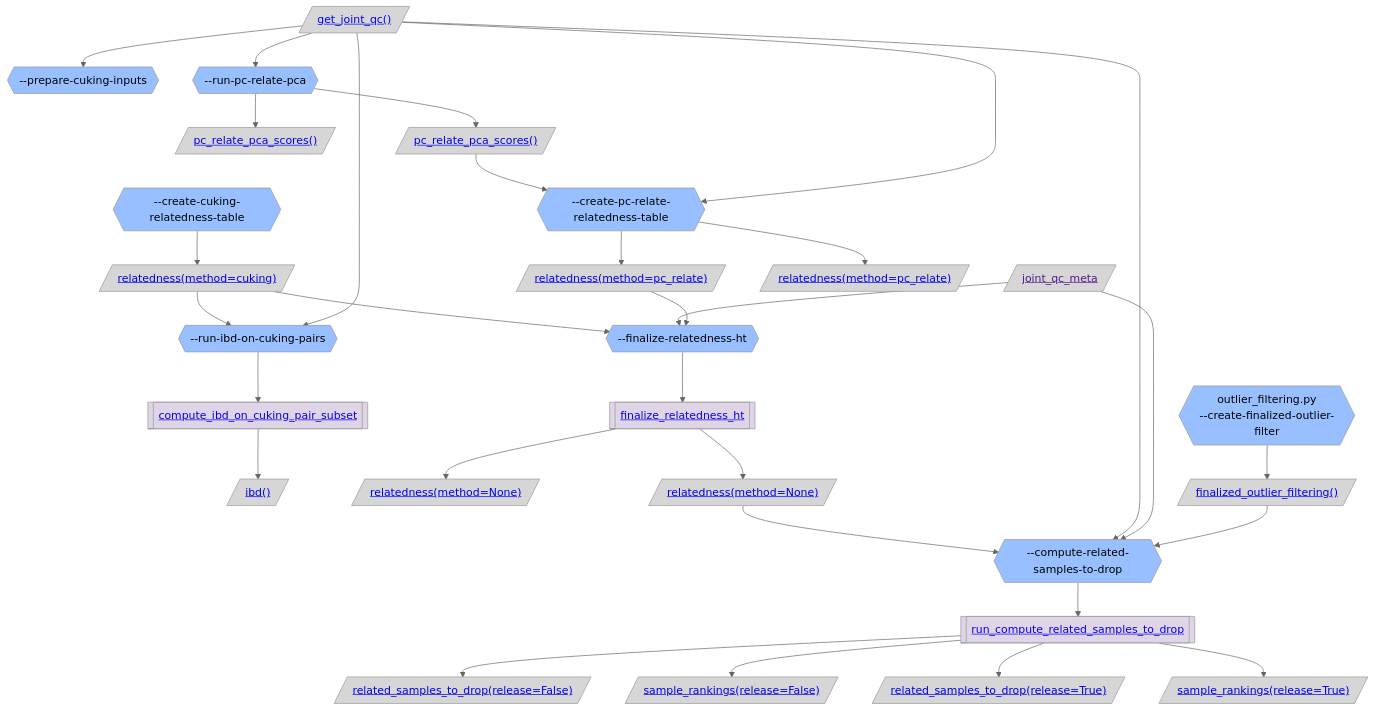
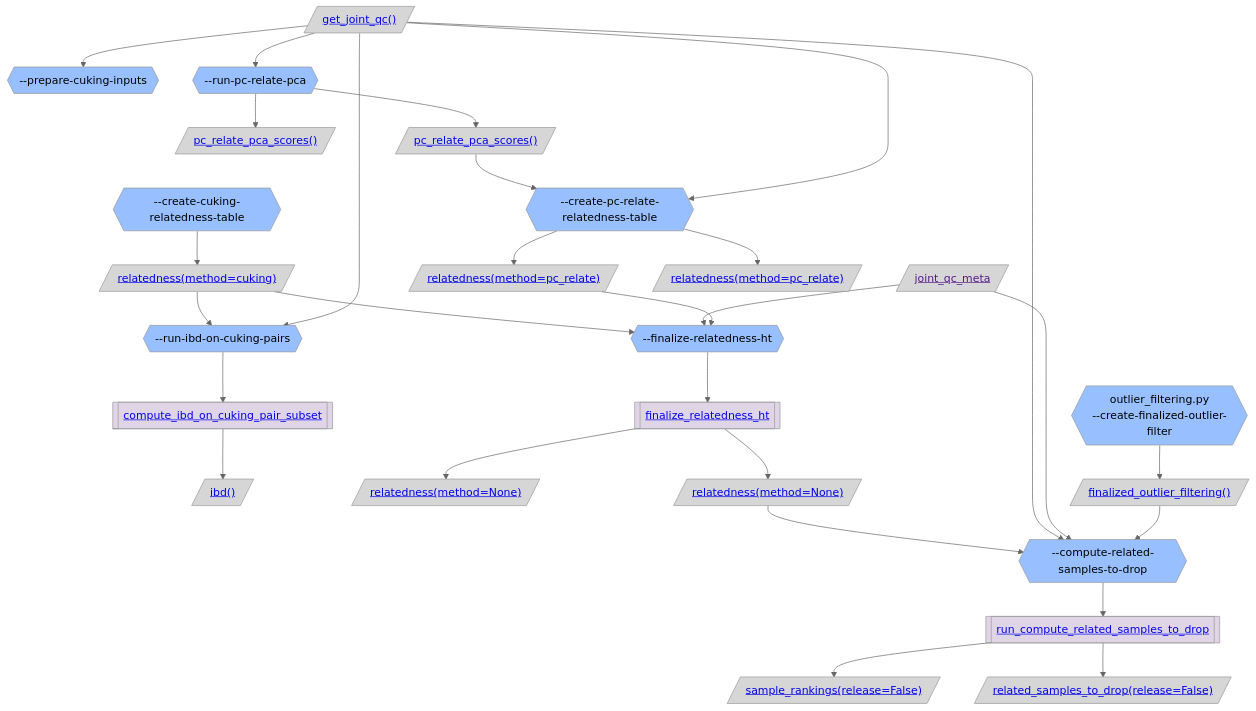
The second of 4 diagrams in gnomad_qc/v4/sample_qc/README.md (broadinstitute/gnomad_qc), drawn with Mermaid (neutral theme) before and after one commit. The commit also changed other lines of this file and 3 other files, not shown here.

````diff
--- a/gnomad_qc/v4/sample_qc/README.md
+++ b/gnomad_qc/v4/sample_qc/README.md
@@ -148,67 +158,63 @@
 ```mermaid
 flowchart TB;
   classDef script_color fill:#2C5D4A,color:#000000
   classDef step_color fill:#98BFFF,color:#000000
   classDef func_color fill:#E0D5E6,color:#000000
   classDef gnomad_methods_color fill:#F9F2CE,color:#000000
   classDef hail_color fill:#FAEACE,color:#000000
   classDef resource_color fill:#D6D6D6,color:#000000
   classDef validity_check_color fill:#2C5D4A,color:#000000
 
   resource_get_joint_qc_[/"<a href='https://github.com/broadinstitute/gnomad_qc/tree/main/gnomad_qc/v4/resources/sample_qc.py#L388'>get_joint_qc()</a>"/]:::resource_color;
   step_prepare_cuking_inputs{{"--prepare-cuking-inputs"}}:::step_color;
   step_create_cuking_relatedness_table{{"--create-cuking-relatedness-table"}}:::step_color;
   resource_relatedness_method_cuking[/"<a href='https://github.com/broadinstitute/gnomad_qc/tree/main/gnomad_qc/v4/resources/sample_qc.py#L473'>relatedness(method=cuking)</a>"/]:::resource_color;
   step_run_ibd_on_cuking_pairs{{"--run-ibd-on-cuking-pairs"}}:::step_color;
   func_compute_ibd_on_cuking_pair_subset[["<a href='https://github.com/broadinstitute/gnomad_qc/tree/main/gnomad_qc/v4/sample_qc/relatedness.py#L93'>compute_ibd_on_cuking_pair_subset</a>"]]:::func_color;
   ibd_[/"<a href='https://github.com/broadinstitute/gnomad_qc/tree/main/gnomad_qc/v4/resources/sample_qc.py#L503'>ibd()</a>"/]:::resource_color;
   step_finalize_relatedness_ht{{"--finalize-relatedness-ht"}}:::step_color;
   func_finalize_relatedness_ht[["<a href='https://github.com/broadinstitute/gnomad_qc/tree/main/gnomad_qc/v4/sample_qc/relatedness.py#L175'>finalize_relatedness_ht</a>"]]:::func_color;
   relatedness_method_None[/"<a href='https://github.com/broadinstitute/gnomad_qc/tree/main/gnomad_qc/v4/resources/sample_qc.py#L473'>relatedness(method=None)</a>"/]:::resource_color;
   resource_joint_qc_meta[/"<a href=''>joint_qc_meta</a>"/]:::resource_color;
   step_create_pc_relate_relatedness_table{{"--create-pc-relate-relatedness-table"}}:::step_color;
   resource_relatedness_method_pc_relate[/"<a href='https://github.com/broadinstitute/gnomad_qc/tree/main/gnomad_qc/v4/resources/sample_qc.py#L473'>relatedness(method=pc_relate)</a>"/]:::resource_color;
   resource_relatedness_method_None[/"<a href='https://github.com/broadinstitute/gnomad_qc/tree/main/gnomad_qc/v4/resources/sample_qc.py#L473'>relatedness(method=None)</a>"/]:::resource_color;
   step_compute_related_samples_to_drop{{"--compute-related-samples-to-drop"}}:::step_color;
   func_run_compute_related_samples_to_drop[["<a href='https://github.com/broadinstitute/gnomad_qc/tree/main/gnomad_qc/v4/sample_qc/relatedness.py#L315'>run_compute_related_samples_to_drop</a>"]]:::func_color;
+  sample_rankings_release_False[/"<a href='https://github.com/broadinstitute/gnomad_qc/tree/main/gnomad_qc/v4/resources/sample_qc.py#L547'>sample_rankings(release=False)</a>"/]:::resource_color;
   related_samples_to_drop_release_False[/"<a href='https://github.com/broadinstitute/gnomad_qc/tree/main/gnomad_qc/v4/resources/sample_qc.py#L521'>related_samples_to_drop(release=False)</a>"/]:::resource_color;
-  sample_rankings_release_False[/"<a href='https://github.com/broadinstitute/gnomad_qc/tree/main/gnomad_qc/v4/resources/sample_qc.py#L547'>sample_rankings(release=False)</a>"/]:::resource_color;
-  related_samples_to_drop_release_True[/"<a href='https://github.com/broadinstitute/gnomad_qc/tree/main/gnomad_qc/v4/resources/sample_qc.py#L521'>related_samples_to_drop(release=True)</a>"/]:::resource_color;
-  sample_rankings_release_True[/"<a href='https://github.com/broadinstitute/gnomad_qc/tree/main/gnomad_qc/v4/resources/sample_qc.py#L547'>sample_rankings(release=True)</a>"/]:::resource_color;
   step_create_finalized_outlier_filter{{"outlier_filtering.py
 --create-finalized-outlier-filter"}}:::step_color;
   resource_finalized_outlier_filtering_[/"<a href='https://github.com/broadinstitute/gnomad_qc/tree/main/gnomad_qc/v4/resources/sample_qc.py#L874'>finalized_outlier_filtering()</a>"/]:::resource_color;
   step_run_pc_relate_pca{{"--run-pc-relate-pca"}}:::step_color;
   pc_relate_pca_scores_[/"<a href='https://github.com/broadinstitute/gnomad_qc/tree/main/gnomad_qc/v4/resources/sample_qc.py#L455'>pc_relate_pca_scores()</a>"/]:::resource_color;
   resource_pc_relate_pca_scores_[/"<a href='https://github.com/broadinstitute/gnomad_qc/tree/main/gnomad_qc/v4/resources/sample_qc.py#L455'>pc_relate_pca_scores()</a>"/]:::resource_color;
   relatedness_method_pc_relate[/"<a href='https://github.com/broadinstitute/gnomad_qc/tree/main/gnomad_qc/v4/resources/sample_qc.py#L473'>relatedness(method=pc_relate)</a>"/]:::resource_color;
   resource_get_joint_qc_ --> step_prepare_cuking_inputs;
   step_create_cuking_relatedness_table --> resource_relatedness_method_cuking;
   resource_relatedness_method_cuking --> step_run_ibd_on_cuking_pairs;
   step_run_ibd_on_cuking_pairs --> func_compute_ibd_on_cuking_pair_subset;
   func_compute_ibd_on_cuking_pair_subset --> ibd_;
   resource_get_joint_qc_ --> step_run_ibd_on_cuking_pairs;
   resource_relatedness_method_cuking --> step_finalize_relatedness_ht;
   step_finalize_relatedness_ht --> func_finalize_relatedness_ht;
   func_finalize_relatedness_ht --> relatedness_method_None;
   resource_joint_qc_meta --> step_finalize_relatedness_ht;
   step_create_pc_relate_relatedness_table --> resource_relatedness_method_pc_relate;
   resource_relatedness_method_pc_relate --> step_finalize_relatedness_ht;
   func_finalize_relatedness_ht --> resource_relatedness_method_None;
   resource_relatedness_method_None --> step_compute_related_samples_to_drop;
   step_compute_related_samples_to_drop --> func_run_compute_related_samples_to_drop;
+  func_run_compute_related_samples_to_drop --> sample_rankings_release_False;
   func_run_compute_related_samples_to_drop --> related_samples_to_drop_release_False;
-  func_run_compute_related_samples_to_drop --> sample_rankings_release_False;
-  func_run_compute_related_samples_to_drop --> related_samples_to_drop_release_True;
-  func_run_compute_related_samples_to_drop --> sample_rankings_release_True;
   resource_get_joint_qc_ --> step_compute_related_samples_to_drop;
   resource_joint_qc_meta --> step_compute_related_samples_to_drop;
   step_create_finalized_outlier_filter --> resource_finalized_outlier_filtering_;
   resource_finalized_outlier_filtering_ --> step_compute_related_samples_to_drop;
   resource_get_joint_qc_ --> step_run_pc_relate_pca;
   step_run_pc_relate_pca --> pc_relate_pca_scores_;
   step_run_pc_relate_pca --> resource_pc_relate_pca_scores_;
   resource_pc_relate_pca_scores_ --> step_create_pc_relate_relatedness_table;
   step_create_pc_relate_relatedness_table --> relatedness_method_pc_relate;
   resource_get_joint_qc_ --> step_create_pc_relate_relatedness_table;
 ```
````
